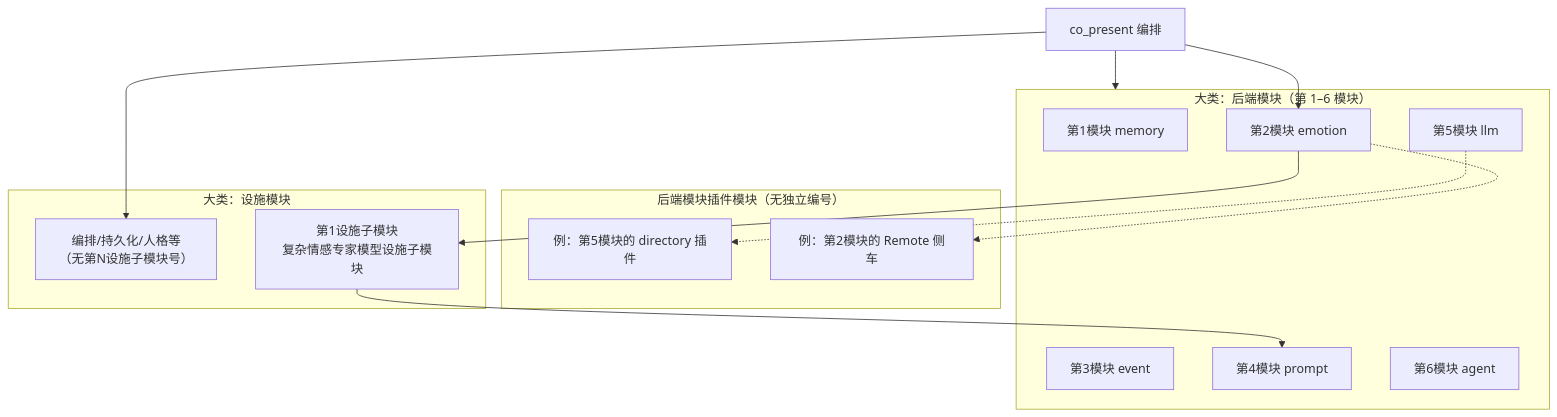
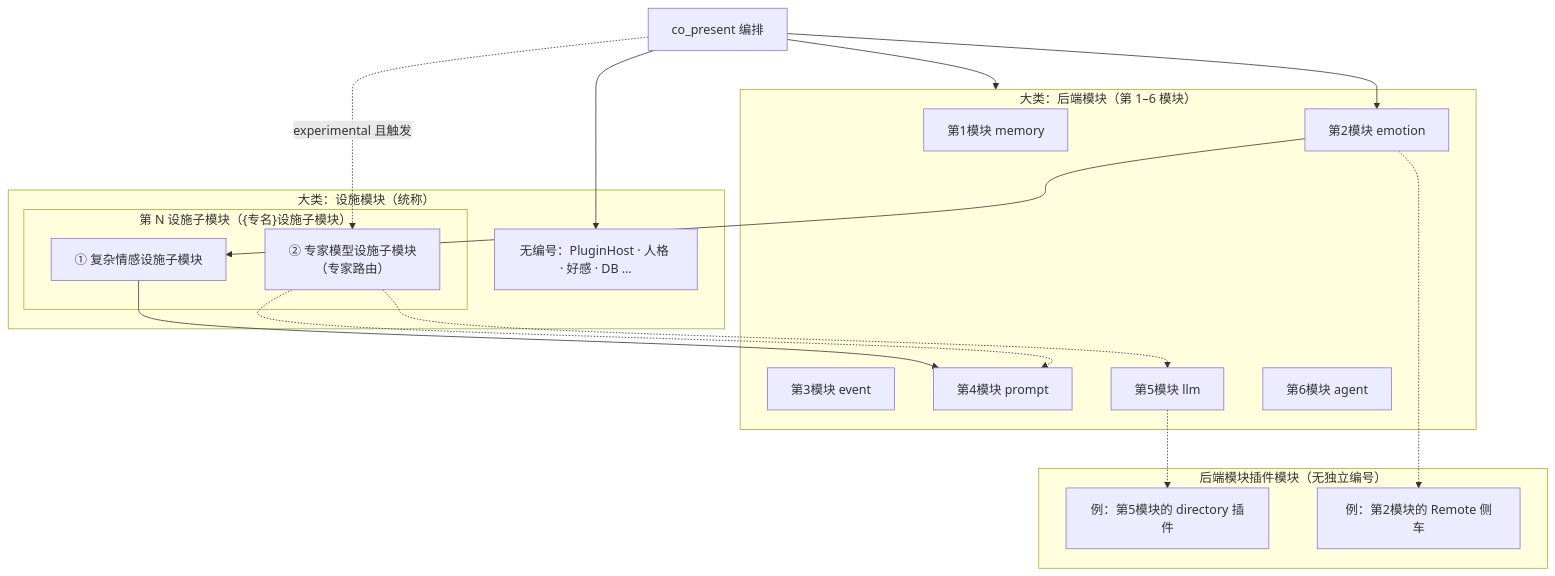
Before and after one commit to linkaiheng2233-cyber/oclivenewnew: the diagram in creator-docs/getting-started/OCLIVE_ARCHITECTURE_OVERVIEW.md, drawn with Mermaid. The commit also changed other lines of this file and 19 other files, not shown here.

````diff
--- a/creator-docs/getting-started/OCLIVE_ARCHITECTURE_OVERVIEW.md
+++ b/creator-docs/getting-started/OCLIVE_ARCHITECTURE_OVERVIEW.md
@@ -78,31 +92,36 @@
 ```mermaid
 flowchart TB
   ORCH["co_present 编排"]
 
   subgraph back["大类：后端模块（第 1–6 模块）"]
     M1["第1模块 memory"]
     M2["第2模块 emotion"]
     M3["第3模块 event"]
     M4["第4模块 prompt"]
     M5["第5模块 llm"]
     M6["第6模块 agent"]
   end
 
   subgraph plug["后端模块插件模块（无独立编号）"]
     P5["例：第5模块的 directory 插件"]
     P2["例：第2模块的 Remote 侧车"]
   end
 
-  subgraph fac["大类：设施模块"]
-    F0["编排/持久化/人格等<br/>（无第N设施子模块号）"]
-    F1["第1设施子模块<br/>复杂情感专家模型设施子模块"]
+  subgraph fac["大类：设施模块（统称）"]
+    F0["无编号：PluginHost · 人格 · 好感 · DB …"]
+    subgraph sub["第 N 设施子模块（{专名}设施子模块）"]
+      F1["① 复杂情感设施子模块"]
+      F2["② 专家模型设施子模块<br/>（专家路由）"]
+    end
   end
 
   ORCH --> M2
   M2 --> F1
   F1 --> M4
+  ORCH -.->|experimental 且触发| F2
+  F2 -.-> M4 & M5
   ORCH --> back
   M5 -.-> P5
   M2 -.-> P2
   ORCH --> F0
 ```
````
